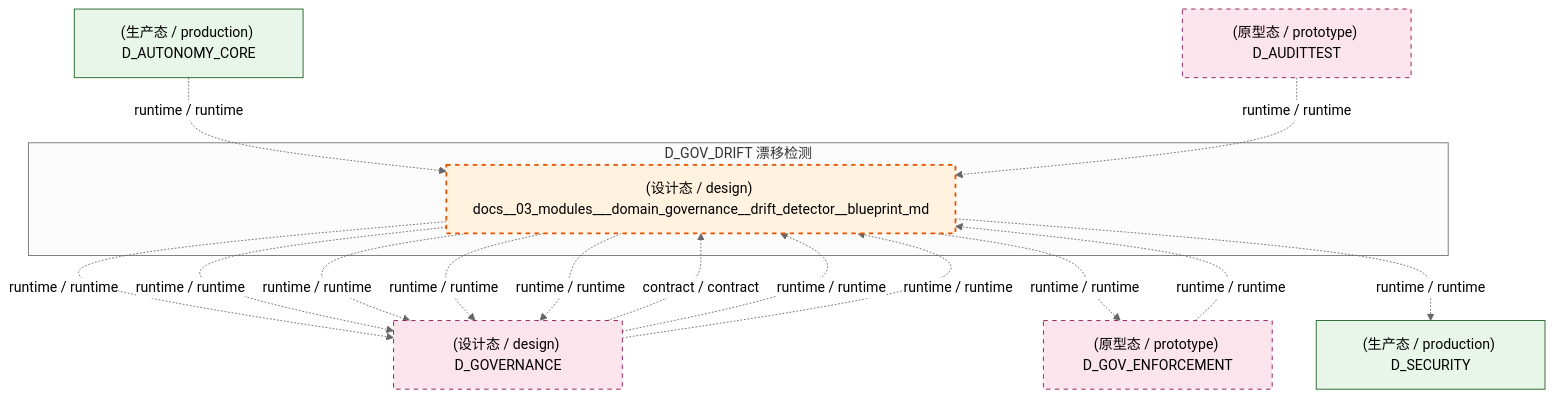
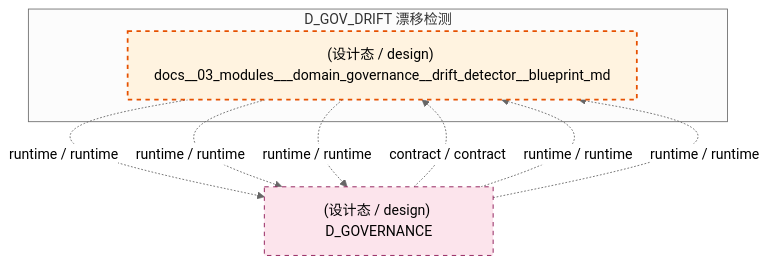
Before and after one commit to xuanFelixVan/ZephyrAlpha: the second of 3 diagrams in docs/02_enterprise_architecture/02_domain_architecture_docs/34_d_gov_drift.md, drawn with Mermaid (neutral theme). The commit also changed other lines of this file and 100 other files, not shown here.

````diff
--- a/docs/02_enterprise_architecture/02_domain_architecture_docs/34_d_gov_drift.md
+++ b/docs/02_enterprise_architecture/02_domain_architecture_docs/34_d_gov_drift.md
@@ -106,31 +94,19 @@
 ```mermaid
 graph TD
     subgraph D_GOV_DRIFT["D_GOV_DRIFT 漂移检测"]
         docs_03_modules_domain_governance_drift_detector_blueprint_md["(设计态 / design) docs__03_modules___domain_governance__drift_detector__blueprint_md"]
     end
     D_GOVERNANCE["(设计态 / design) D_GOVERNANCE"]
     docs_03_modules_domain_governance_drift_detector_blueprint_md -.->|runtime / runtime| D_GOVERNANCE
     docs_03_modules_domain_governance_drift_detector_blueprint_md -.->|runtime / runtime| D_GOVERNANCE
-    D_GOV_ENFORCEMENT["(原型态 / prototype) D_GOV_ENFORCEMENT"]
-    docs_03_modules_domain_governance_drift_detector_blueprint_md -.->|runtime / runtime| D_GOV_ENFORCEMENT
-    D_SECURITY["(生产态 / production) D_SECURITY"]
-    docs_03_modules_domain_governance_drift_detector_blueprint_md -.->|runtime / runtime| D_SECURITY
-    docs_03_modules_domain_governance_drift_detector_blueprint_md -.->|runtime / runtime| D_GOVERNANCE
-    docs_03_modules_domain_governance_drift_detector_blueprint_md -.->|runtime / runtime| D_GOVERNANCE
     docs_03_modules_domain_governance_drift_detector_blueprint_md -.->|runtime / runtime| D_GOVERNANCE
     D_GOVERNANCE -.->|contract / contract| docs_03_modules_domain_governance_drift_detector_blueprint_md
-    D_GOV_ENFORCEMENT -.->|runtime / runtime| docs_03_modules_domain_governance_drift_detector_blueprint_md
     D_GOVERNANCE -.->|runtime / runtime| docs_03_modules_domain_governance_drift_detector_blueprint_md
     D_GOVERNANCE -.->|runtime / runtime| docs_03_modules_domain_governance_drift_detector_blueprint_md
-    D_AUTONOMY_CORE["(生产态 / production) D_AUTONOMY_CORE"]
-    D_AUTONOMY_CORE -.->|runtime / runtime| docs_03_modules_domain_governance_drift_detector_blueprint_md
-    D_AUDITTEST["(原型态 / prototype) D_AUDITTEST"]
-    D_AUDITTEST -.->|runtime / runtime| docs_03_modules_domain_governance_drift_detector_blueprint_md
     classDef production fill:#e1f5fe,stroke:#01579b,stroke-width:2px,color:#000
     classDef design fill:#fff3e0,stroke:#e65100,stroke-width:2px,color:#000,stroke-dasharray: 5 5
     classDef external_prod fill:#e8f5e9,stroke:#1b5e20,stroke-width:1px,color:#000
     classDef external_design fill:#fce4ec,stroke:#880e4f,stroke-width:1px,color:#000,stroke-dasharray: 5 5
     class docs_03_modules_domain_governance_drift_detector_blueprint_md design
-    class D_SECURITY,D_AUTONOMY_CORE external_prod
-    class D_GOVERNANCE,D_GOV_ENFORCEMENT,D_AUDITTEST external_design
+    class D_GOVERNANCE external_design
 ```
````
